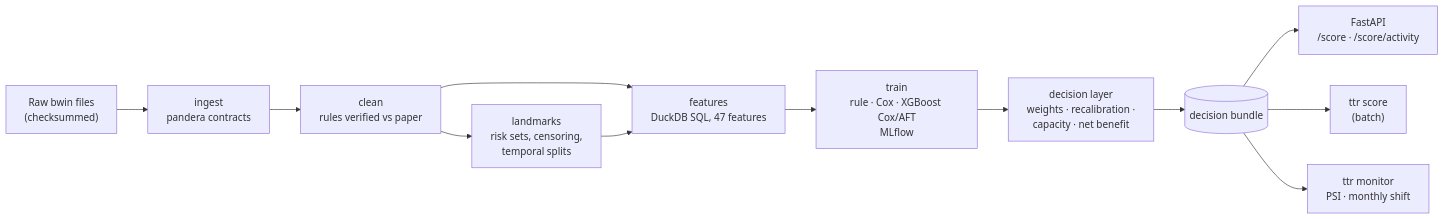
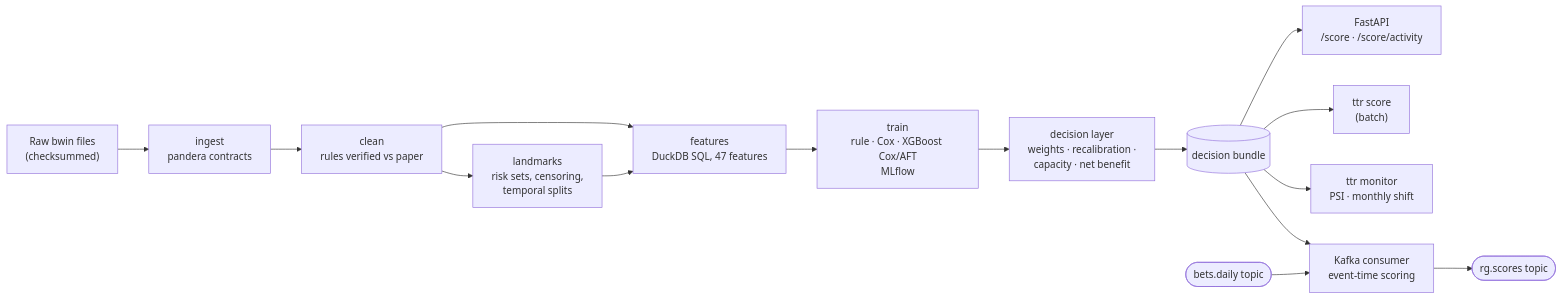
Before and after one commit to apayne185/time-to-risk-it: the diagram in README.md, drawn with Mermaid. The commit also changed other lines of this file and 1 other file, not shown here.

Commit message:
docs: ADR 0007 on streaming; README covers the Kafka path

````diff
--- a/README.md
+++ b/README.md
@@ -52,14 +52,17 @@
 ```mermaid
 flowchart LR
     raw["Raw bwin files<br/>(checksummed)"] --> ingest["ingest<br/>pandera contracts"]
     ingest --> clean["clean<br/>rules verified vs paper"]
     clean --> lm["landmarks<br/>risk sets, censoring,<br/>temporal splits"]
     clean --> feat["features<br/>DuckDB SQL, 47 features"]
     lm --> feat
     feat --> train["train<br/>rule · Cox · XGBoost Cox/AFT<br/>MLflow"]
     train --> eval["decision layer<br/>weights · recalibration ·<br/>capacity · net benefit"]
     eval --> bundle[("decision bundle")]
     bundle --> api["FastAPI<br/>/score · /score/activity"]
     bundle --> batch["ttr score<br/>(batch)"]
     bundle --> mon["ttr monitor<br/>PSI · monthly shift"]
+    bundle --> stream["Kafka consumer<br/>event-time scoring"]
+    events(["bets.daily topic"]) --> stream
+    stream --> scores(["rg.scores topic"])
 ```
````
